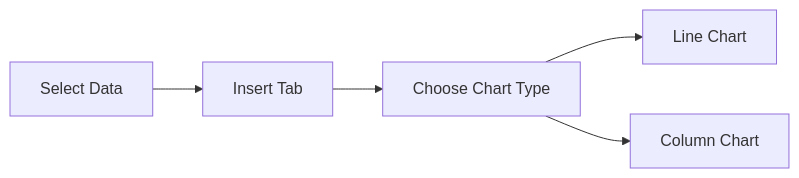
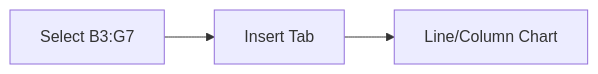
One commit to learnwithrk/Financial-Modelling changed the diagram in 02-ch.Rmd. Above: the diagram before and after it, drawn with Mermaid. The commit also changed other lines of this file and 5 other files, not shown here.

````diff
--- a/02-ch.Rmd
+++ b/02-ch.Rmd
@@ -63,7 +63,5 @@
 ```mermaid
 flowchart LR
-A[Select Data] --> B[Insert Tab]
-B --> C[Choose Chart Type]
-C --> D[Line Chart]
-C --> E[Column Chart]
+A[Select B3:G7] --> B[Insert Tab]
+B --> C[Line/Column Chart]
 ```
````
